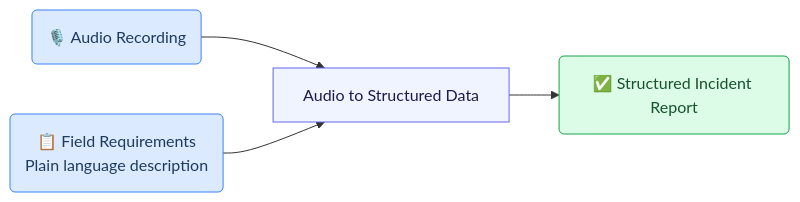
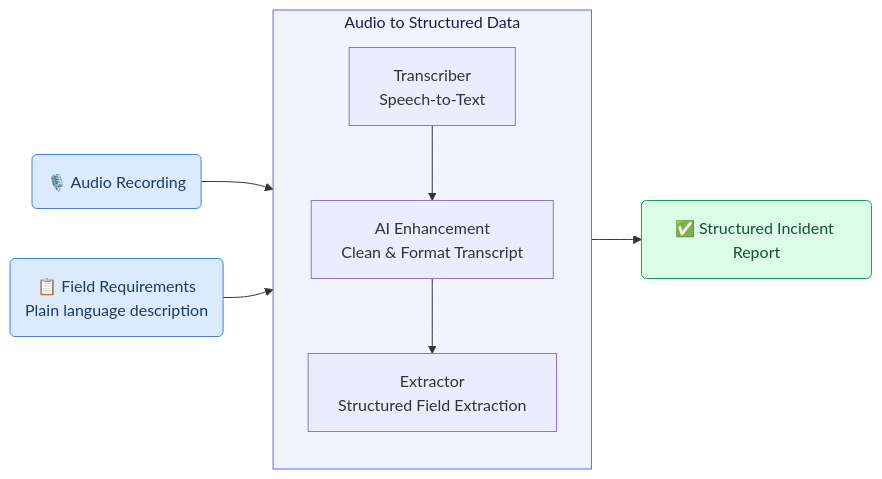
One commit to GAIK-project/gaik-toolkit changed the first of 4 diagrams in guidance_layer/website/content/docs/use-cases/incident-reporting.mdx. Above: the diagram before and after it, drawn with Mermaid. The commit also changed other lines of this file, not shown here.

Commit message:
docs(incident-reporting): show AI enhancement step in overview diagram
Expand the top-level Audio to Structured Data mermaid diagram to expose
the Transcriber, AI Enhancement, and Extractor steps so it matches the
actual pipeline shown in the app.

````diff
--- a/guidance_layer/website/content/docs/use-cases/incident-reporting.mdx
+++ b/guidance_layer/website/content/docs/use-cases/incident-reporting.mdx
@@ -123,11 +123,20 @@
 ```mermaid
 flowchart LR
-    A("🎙️ Audio Recording") --> B["Audio to Structured Data"]
+    A("🎙️ Audio Recording") --> B
+
+    subgraph B["Audio to Structured Data"]
+        direction TB
+        T["Transcriber<br/>Speech-to-Text"]
+        E["AI Enhancement<br/>Clean & Format Transcript"]
+        X["Extractor<br/>Structured Field Extraction"]
+        T --> E --> X
+    end
+
     C("📋 Field Requirements<br/>Plain language description") --> B
     B --> D("✅ Structured Incident Report")
 
     style A fill:#dbeafe,stroke:#3b82f6,color:#1e3a5f
     style C fill:#dbeafe,stroke:#3b82f6,color:#1e3a5f
     style D fill:#dcfce7,stroke:#16a34a,color:#14532d
     style B fill:#f0f4ff,stroke:#6366f1,color:#1e1b4b
 ```
````
